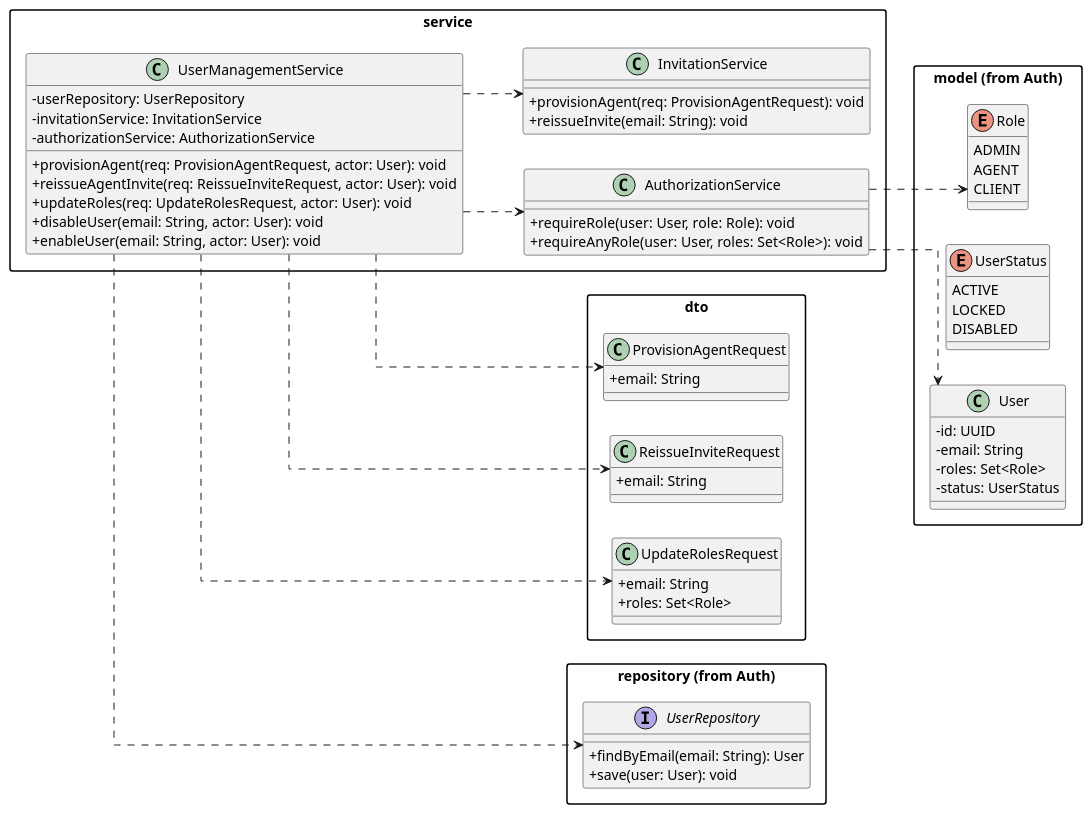
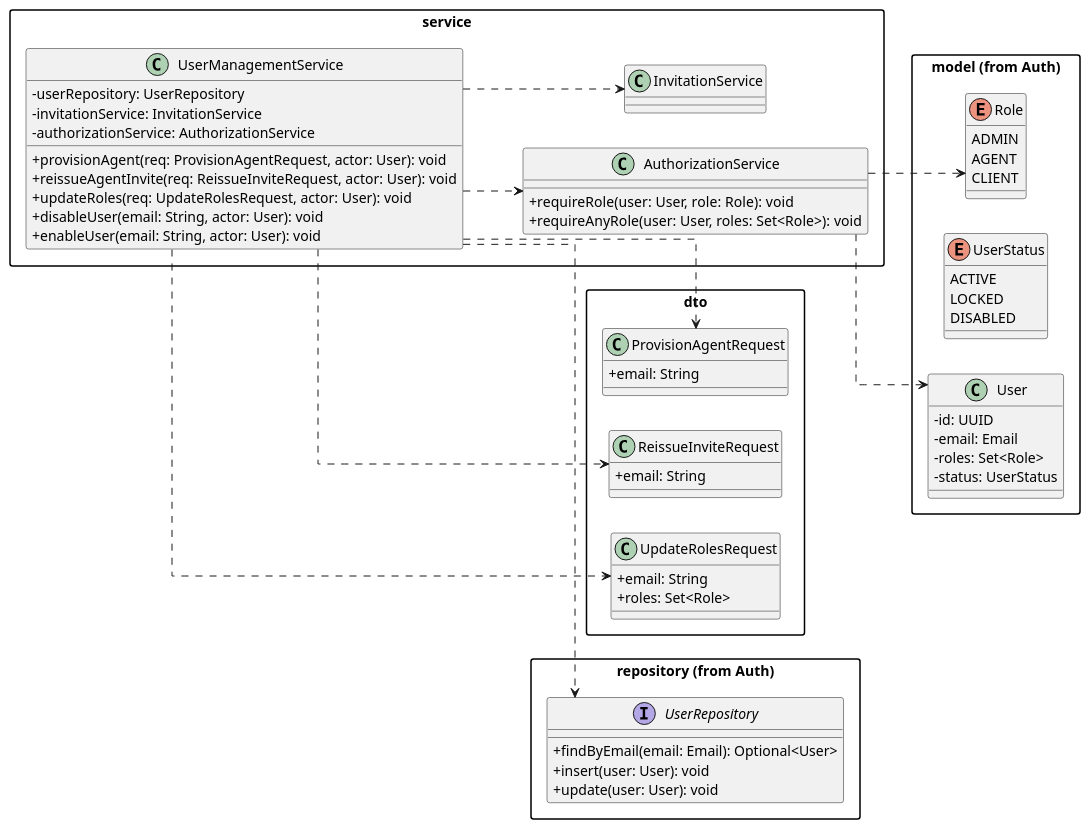
One commit to Balde01/SportDataPlatform changed the diagram in docs/plantuml/diagram-b-admin.puml. Above: the diagram before and after it, drawn with PlantUML. The commit also changed 5 other files, not shown here.

Commit message:
docs(architecture): align identity access diagrams

```diff
--- a/docs/plantuml/diagram-b-admin.puml
+++ b/docs/plantuml/diagram-b-admin.puml
@@ -1,96 +1,93 @@
 @startuml
 ' ============================================================
 ' Diagram B - Admin / Provisioning
 ' Purpose: manage AGENT accounts (invite, reissue, roles, status)
 ' Depends on Identity/Auth (Diagram A)
 ' ============================================================
 
 left to right direction
 skinparam linetype ortho
 skinparam classAttributeIconSize 0
 skinparam packageStyle rectangle
 
 package "model (from Auth)" {
 
   enum Role {
     ADMIN
     AGENT
     CLIENT
   }
 
   enum UserStatus {
     ACTIVE
     LOCKED
     DISABLED
   }
 
   class User {
     - id: UUID
-    - email: String
+    - email: Email
     - roles: Set<Role>
     - status: UserStatus
   }
 }
 
 package "dto" {
   class ProvisionAgentRequest {
     + email: String
   }
 
   class ReissueInviteRequest {
     + email: String
   }
 
   class UpdateRolesRequest {
     + email: String
     + roles: Set<Role>
   }
 }
 
 package "repository (from Auth)" {
   interface UserRepository {
-    + findByEmail(email: String): User
-    + save(user: User): void
+    + findByEmail(email: Email): Optional<User>
+    + insert(user: User): void
+    + update(user: User): void
   }
 }
 
 package "service" {
 
   class UserManagementService {
     - userRepository: UserRepository
     - invitationService: InvitationService
     - authorizationService: AuthorizationService
 
     + provisionAgent(req: ProvisionAgentRequest, actor: User): void
     + reissueAgentInvite(req: ReissueInviteRequest, actor: User): void
     + updateRoles(req: UpdateRolesRequest, actor: User): void
     + disableUser(email: String, actor: User): void
     + enableUser(email: String, actor: User): void
   }
 
   class AuthorizationService {
     + requireRole(user: User, role: Role): void
     + requireAnyRole(user: User, roles: Set<Role>): void
   }
 
-  ' referenced from Diagram A
-  class InvitationService {
-    + provisionAgent(req: ProvisionAgentRequest): void
-    + reissueInvite(email: String): void
-  }
+  class InvitationService
 }
 
 ' =========================
 ' Dependencies
 ' =========================
 UserManagementService ..> UserRepository
 UserManagementService ..> InvitationService
 UserManagementService ..> AuthorizationService
 UserManagementService ..> ProvisionAgentRequest
 UserManagementService ..> ReissueInviteRequest
 UserManagementService ..> UpdateRolesRequest
 
 AuthorizationService ..> User
 AuthorizationService ..> Role
 
 @enduml
```
